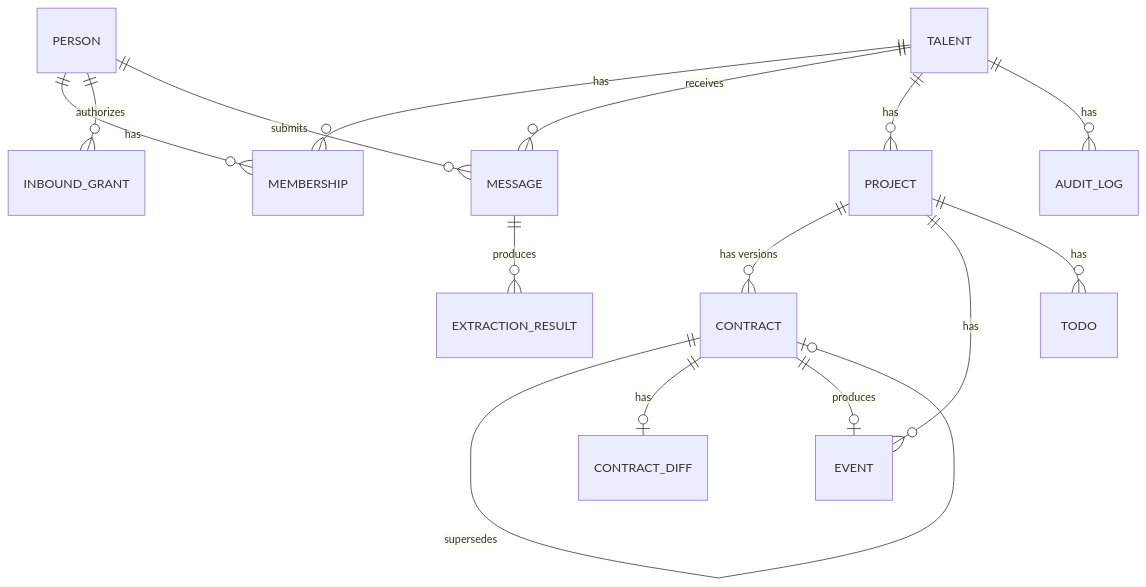
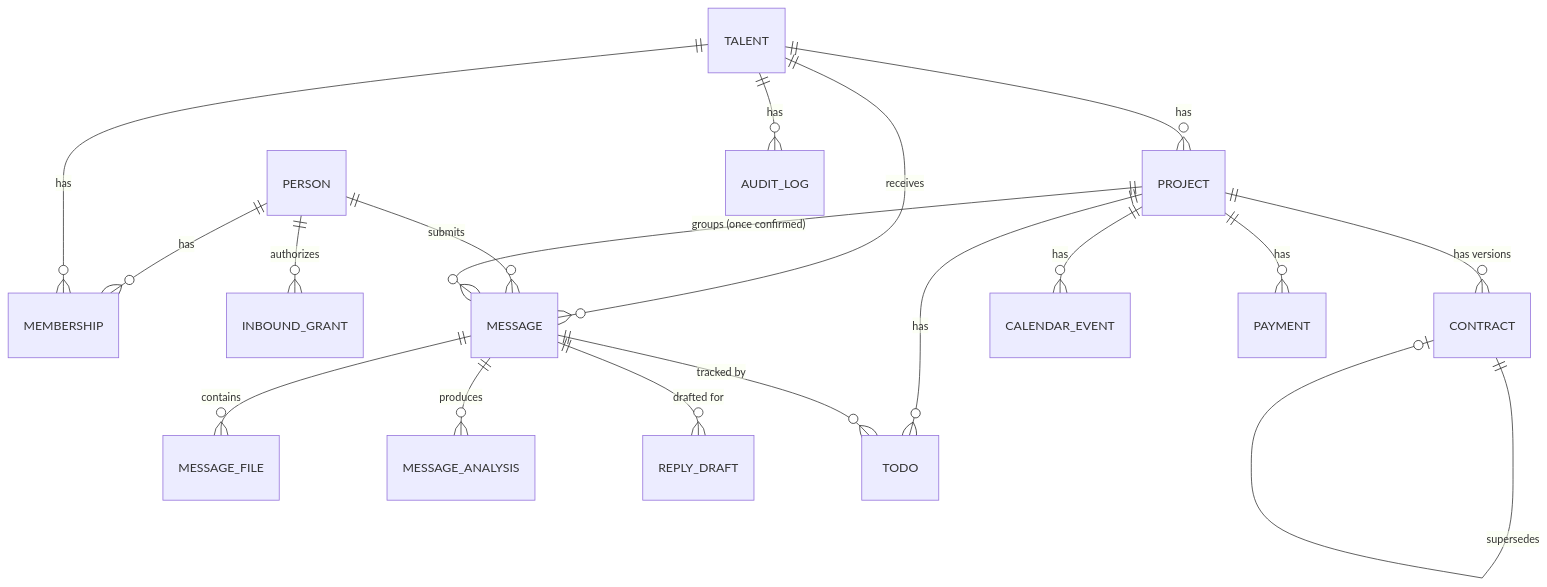
One commit to janiceyujie/talent_biz_os changed the third of 3 diagrams in docs/architecture.md. Above: the diagram before and after it, drawn with Mermaid. The commit also changed other lines of this file and 1 other file, not shown here.

First line of the commit message:
Decide M1 stack and full entity schema

````diff
--- a/docs/architecture.md
+++ b/docs/architecture.md
@@ -226,17 +241,20 @@
 ```mermaid
 erDiagram
     PERSON ||--o{ MEMBERSHIP : has
     TALENT ||--o{ MEMBERSHIP : has
     PERSON ||--o{ INBOUND_GRANT : authorizes
+    TALENT ||--o{ PROJECT : has
     TALENT ||--o{ MESSAGE : receives
     PERSON ||--o{ MESSAGE : submits
-    MESSAGE ||--o{ EXTRACTION_RESULT : produces
-    TALENT ||--o{ PROJECT : has
+    PROJECT ||--o{ MESSAGE : "groups (once confirmed)"
+    MESSAGE ||--o{ MESSAGE_FILE : contains
+    MESSAGE ||--o{ MESSAGE_ANALYSIS : produces
+    MESSAGE ||--o{ REPLY_DRAFT : "drafted for"
     PROJECT ||--o{ CONTRACT : "has versions"
     CONTRACT ||--o| CONTRACT : supersedes
-    CONTRACT ||--o| CONTRACT_DIFF : has
-    CONTRACT ||--o| EVENT : produces
-    PROJECT ||--o{ EVENT : has
+    PROJECT ||--o{ CALENDAR_EVENT : has
+    PROJECT ||--o{ PAYMENT : has
     PROJECT ||--o{ TODO : has
+    MESSAGE ||--o{ TODO : "tracked by"
     TALENT ||--o{ AUDIT_LOG : has
 ```
````
